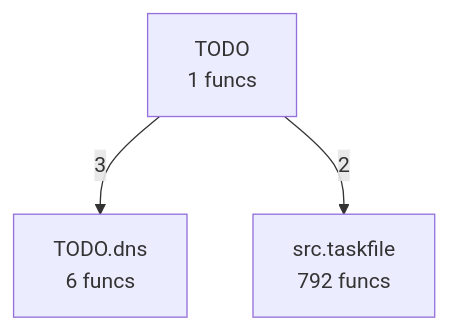
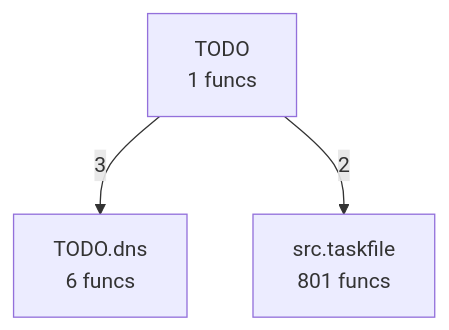
The diagram in project/compact_flow.mmd (pyfunc/taskfile), drawn with Mermaid before and after one commit. The commit also changed 22 other files, not shown here.

```diff
--- a/project/compact_flow.mmd
+++ b/project/compact_flow.mmd
@@ -1,6 +1,6 @@
 flowchart TD
     TODO["TODO<br/>1 funcs"]
     TODO_dns["TODO.dns<br/>6 funcs"]
-    src_taskfile["src.taskfile<br/>792 funcs"]
+    src_taskfile["src.taskfile<br/>801 funcs"]
     TODO -->|3| TODO_dns
     TODO -->|2| src_taskfile
```
